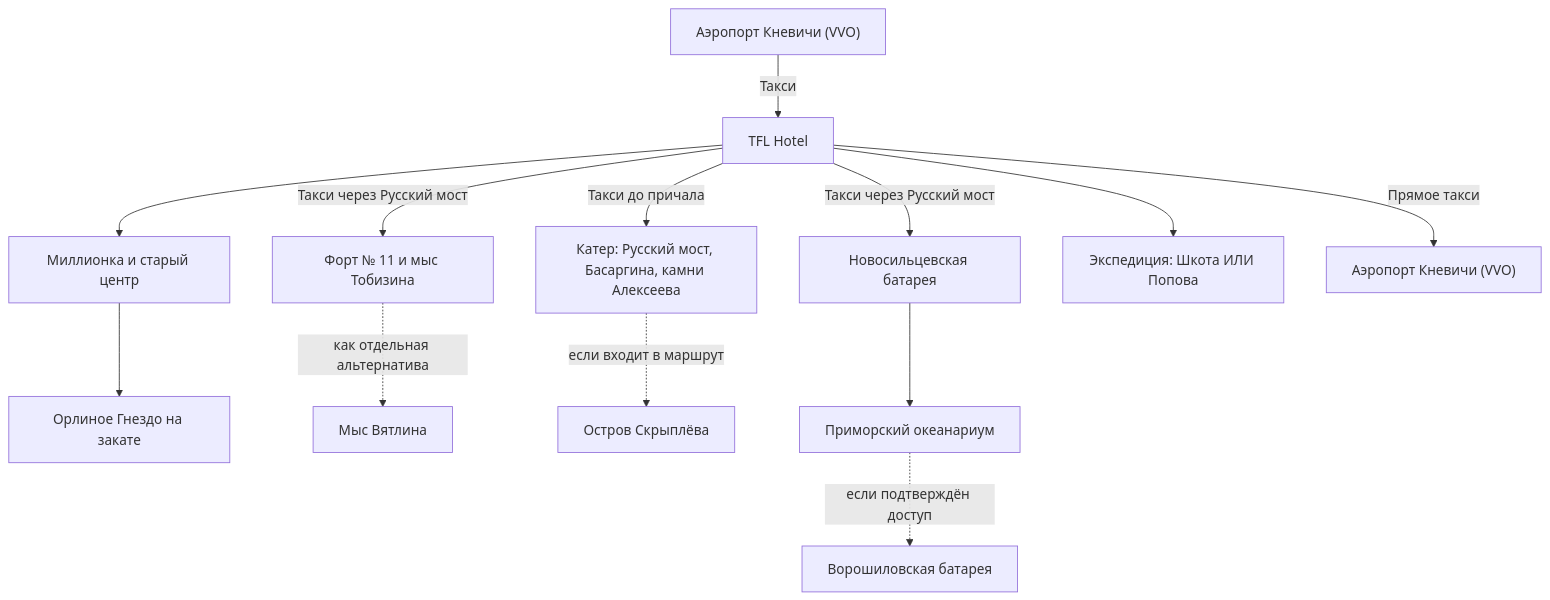
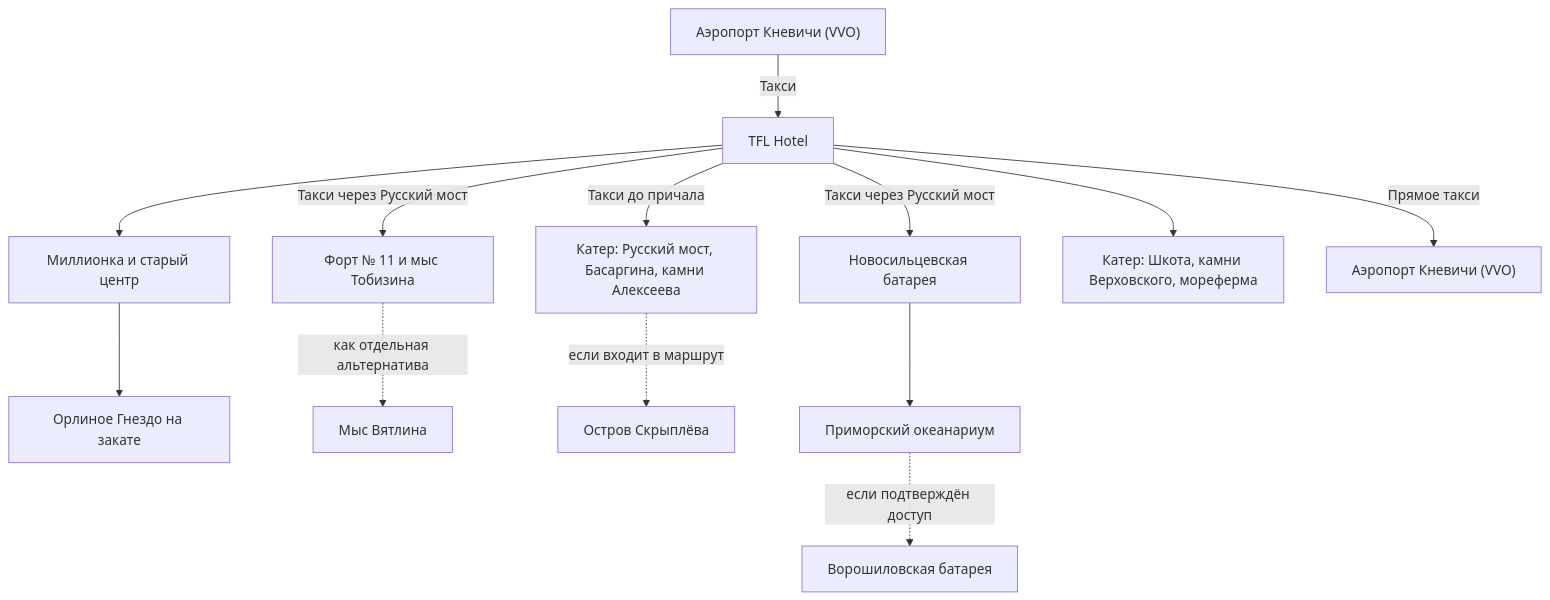
Before and after one commit to injurka/obsidian-mark: the diagram in Personal Note/Travel/-- Владивосток/02 - Маршрутный план/Маршрутный план.md, drawn with Mermaid. The commit also changed other lines of this file and 19 other files, not shown here.

````diff
--- a/Personal Note/Travel/-- Владивосток/02 - Маршрутный план/Маршрутный план.md
+++ b/Personal Note/Travel/-- Владивосток/02 - Маршрутный план/Маршрутный план.md
@@ -47,15 +47,15 @@
 ```mermaid
 flowchart TD
     A["Аэропорт Кневичи (VVO)"] -->|Такси| B["TFL Hotel"]
     B --> C["Миллионка и старый центр"]
     C --> D["Орлиное Гнездо на закате"]
     B -->|Такси через Русский мост| E["Форт № 11 и мыс Тобизина"]
     E -. "как отдельная альтернатива" .-> F["Мыс Вятлина"]
     B -->|Такси до причала| G["Катер: Русский мост, Басаргина, камни Алексеева"]
     G -. "если входит в маршрут" .-> H["Остров Скрыплёва"]
     B -->|Такси через Русский мост| I["Новосильцевская батарея"]
     I --> J["Приморский океанариум"]
     J -. "если подтверждён доступ" .-> K["Ворошиловская батарея"]
-    B --> L["Экспедиция: Шкота ИЛИ Попова"]
+    B --> L["Катер: Шкота, камни Верховского, мореферма"]
     B -->|Прямое такси| M["Аэропорт Кневичи (VVO)"]
 ```
````
